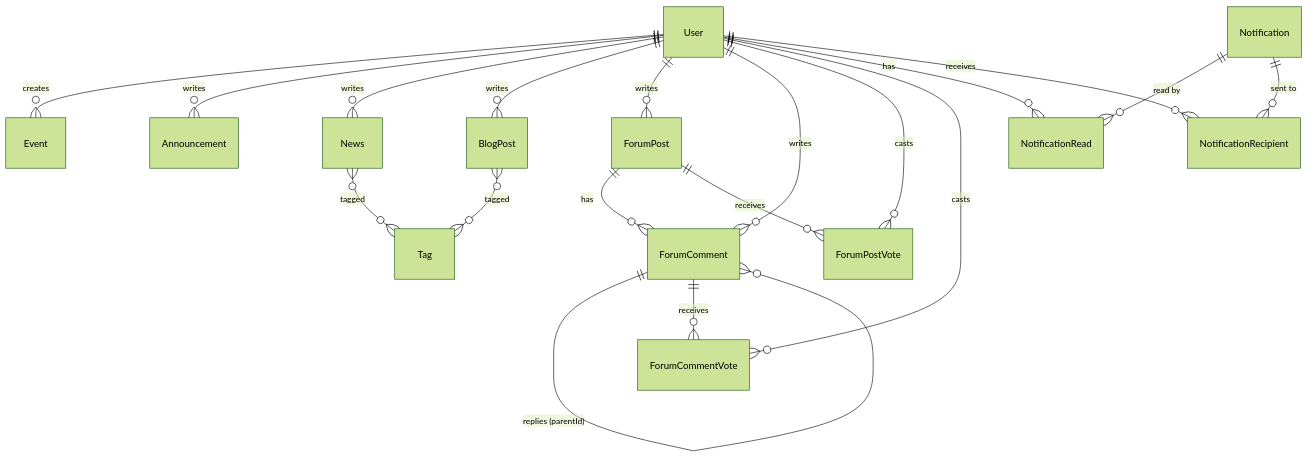
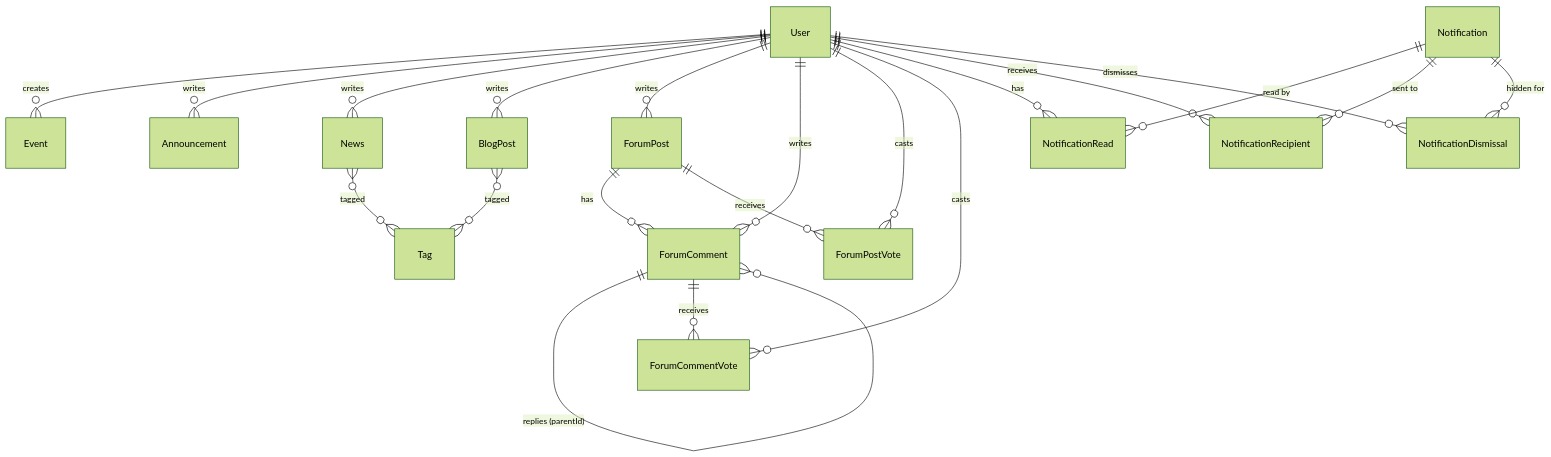
The diagram in docs/schema.md (cyborgoat/teamorbit), drawn with Mermaid (forest theme) before and after one commit. The commit also changed other lines of this file and 14 other files, not shown here.

First line of the commit message:
Add mark-all-read and per-user notification dismiss

````diff
--- a/docs/schema.md
+++ b/docs/schema.md
@@ -22,21 +22,23 @@
 ```mermaid
 erDiagram
   News }o--o{ Tag : tagged
   BlogPost }o--o{ Tag : tagged
   User ||--o{ Event : creates
   User ||--o{ Announcement : writes
   User ||--o{ News : writes
   User ||--o{ BlogPost : writes
   User ||--o{ ForumPost : writes
   User ||--o{ ForumComment : writes
   User ||--o{ ForumPostVote : casts
   User ||--o{ ForumCommentVote : casts
   User ||--o{ NotificationRead : has
   User ||--o{ NotificationRecipient : receives
+  User ||--o{ NotificationDismissal : dismisses
   ForumPost ||--o{ ForumComment : has
   ForumPost ||--o{ ForumPostVote : receives
   ForumComment ||--o{ ForumComment : "replies (parentId)"
   ForumComment ||--o{ ForumCommentVote : receives
   Notification ||--o{ NotificationRead : "read by"
   Notification ||--o{ NotificationRecipient : "sent to"
+  Notification ||--o{ NotificationDismissal : "hidden for"
 ```
````
